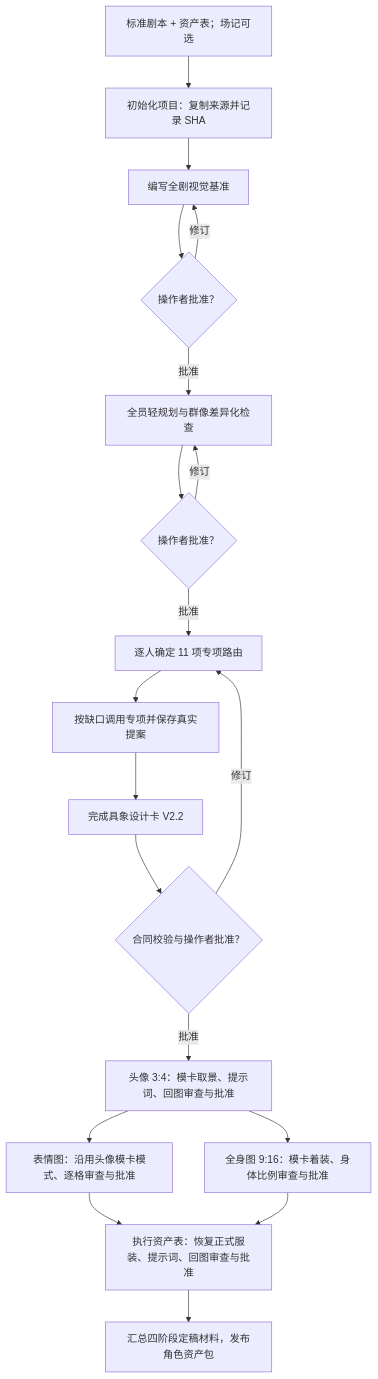
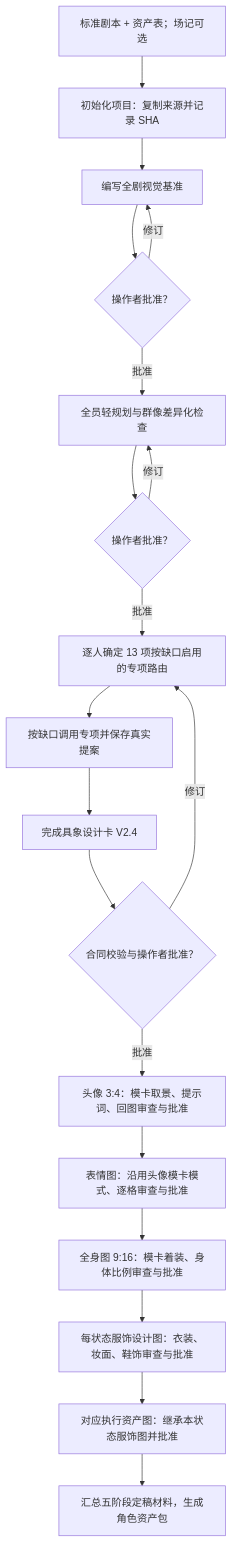
Before and after one commit to kaibaoxiang-studio/ZiChan: the first of 3 diagrams in README.md, drawn with Mermaid. The commit also changed other lines of this file and 60 other files, not shown here.

````diff
--- a/README.md
+++ b/README.md
@@ -26,21 +32,21 @@
 ```mermaid
 flowchart TD
     A["标准剧本 + 资产表；场记可选"] --> B["初始化项目：复制来源并记录 SHA"]
     B --> C["编写全剧视觉基准"]
     C --> D{"操作者批准？"}
     D -- 修订 --> C
     D -- 批准 --> E["全员轻规划与群像差异化检查"]
     E --> F{"操作者批准？"}
     F -- 修订 --> E
-    F -- 批准 --> G["逐人确定 11 项专项路由"]
+    F -- 批准 --> G["逐人确定 13 项按缺口启用的专项路由"]
     G --> H["按缺口调用专项并保存真实提案"]
-    H --> I["完成具象设计卡 V2.2"]
+    H --> I["完成具象设计卡 V2.4"]
     I --> J{"合同校验与操作者批准？"}
     J -- 修订 --> G
     J -- 批准 --> K["头像 3:4：模卡取景、提示词、回图审查与批准"]
     K --> L["表情图：沿用头像模卡模式、逐格审查与批准"]
-    K --> M["全身图 9:16：模卡着装、身体比例审查与批准"]
-    L --> N["执行资产表：恢复正式服装、提示词、回图审查与批准"]
-    M --> N
-    N --> O["汇总四阶段定稿材料，发布角色资产包"]
+    L --> M["全身图 9:16：模卡着装、身体比例审查与批准"]
+    M --> V["每状态服饰设计图：衣装、妆面、鞋饰审查与批准"]
+    V --> N["对应执行资产图：继承本状态服饰图并批准"]
+    N --> O["汇总五阶段定稿材料，生成角色资产包"]
 ```
````
